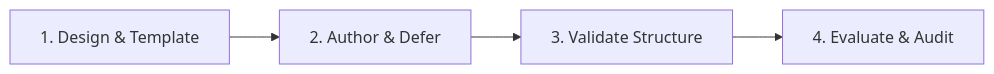
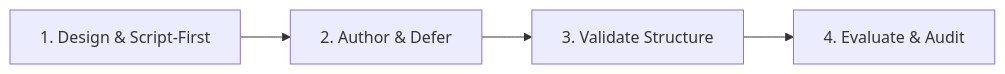
The diagram in .github/skills/ai-authoring-skills/SKILL.md (warpcode/dotfiles), drawn with Mermaid before and after one commit. The commit also changed other lines of this file and 8 other files, not shown here.

````diff
--- a/.github/skills/ai-authoring-skills/SKILL.md
+++ b/.github/skills/ai-authoring-skills/SKILL.md
@@ -27,6 +131,6 @@
 ```mermaid
 flowchart LR
-    A["1. Design & Template"] --> B["2. Author & Defer"]
+    A["1. Design & Script-First"] --> B["2. Author & Defer"]
     B --> C["3. Validate Structure"]
     C --> D["4. Evaluate & Audit"]
 ```
````
